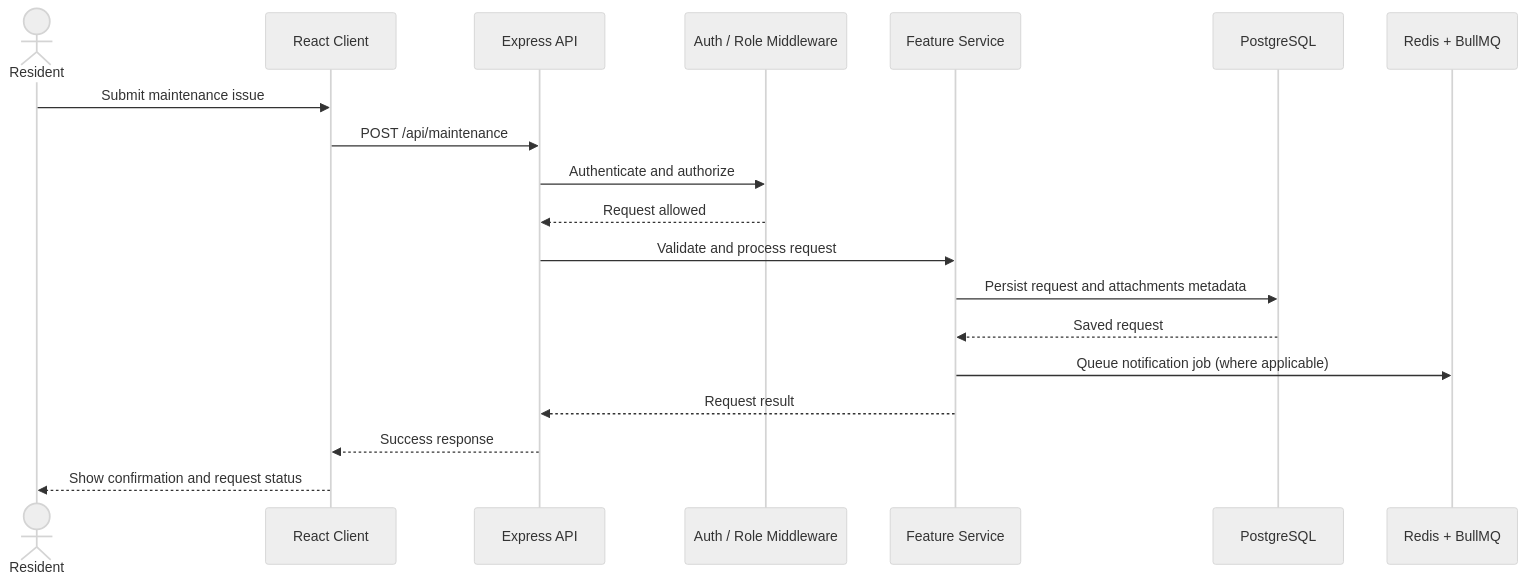
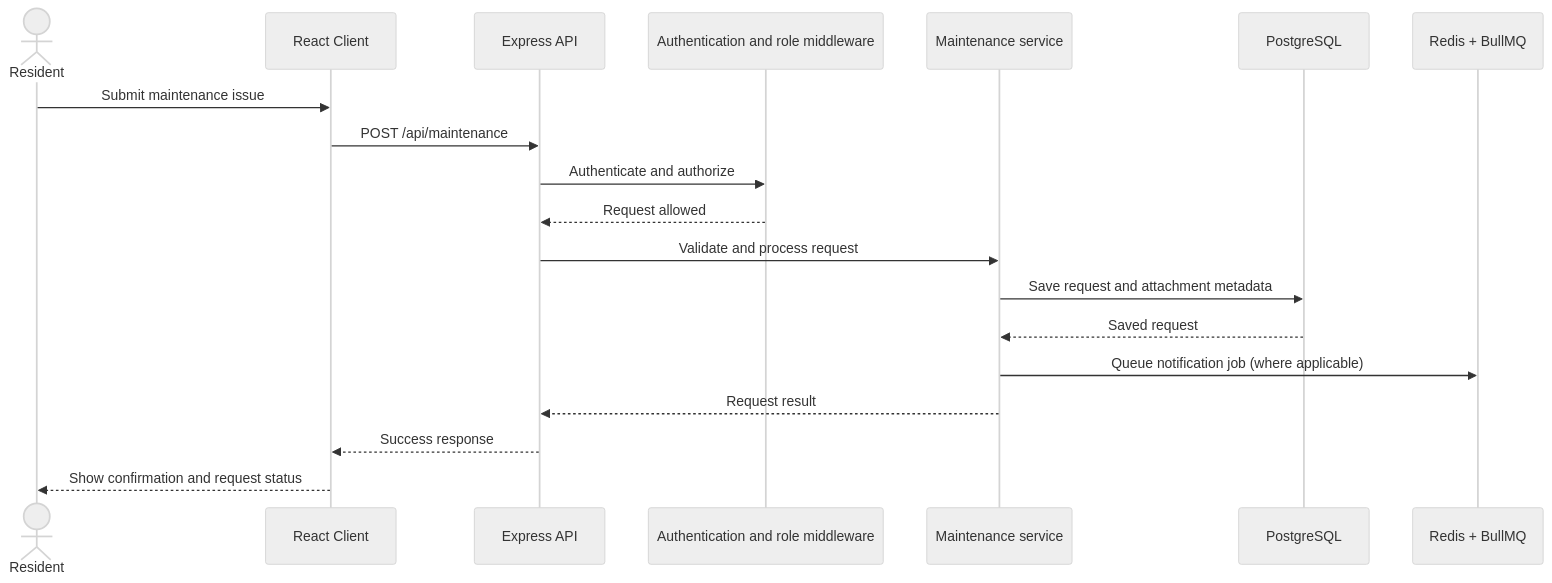
The second of 2 diagrams in docs/README.md (alanbabu518-spec/Community-Maintenance-Platform), drawn with Mermaid (neutral theme) before and after one commit. The commit also changed other lines of this file and 4 other files, not shown here.

````diff
--- a/docs/README.md
+++ b/docs/README.md
@@ -157,22 +167,22 @@
 ```mermaid
 sequenceDiagram
     actor Resident
     participant Client as React Client
     participant API as Express API
-    participant Auth as Auth / Role Middleware
-    participant Service as Feature Service
+    participant Auth as Authentication and role middleware
+    participant Service as Maintenance service
     participant DB as PostgreSQL
     participant Queue as Redis + BullMQ
 
     Resident->>Client: Submit maintenance issue
     Client->>API: POST /api/maintenance
     API->>Auth: Authenticate and authorize
     Auth-->>API: Request allowed
     API->>Service: Validate and process request
-    Service->>DB: Persist request and attachments metadata
+    Service->>DB: Save request and attachment metadata
     DB-->>Service: Saved request
     Service->>Queue: Queue notification job (where applicable)
     Service-->>API: Request result
     API-->>Client: Success response
     Client-->>Resident: Show confirmation and request status
 ```
````
